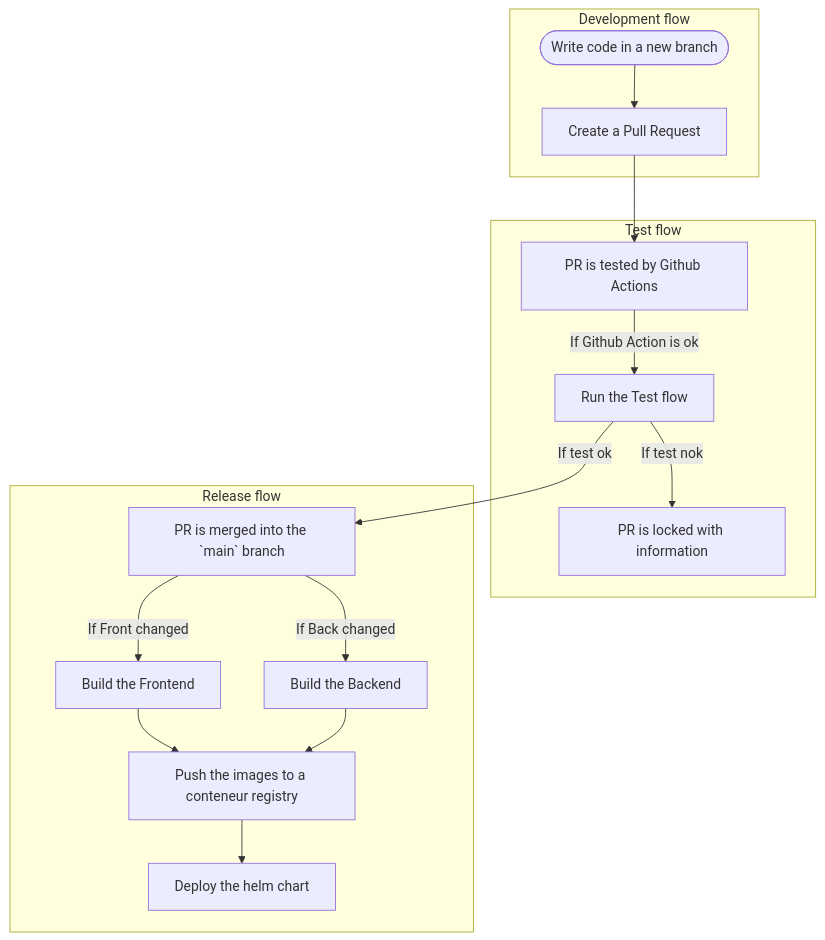
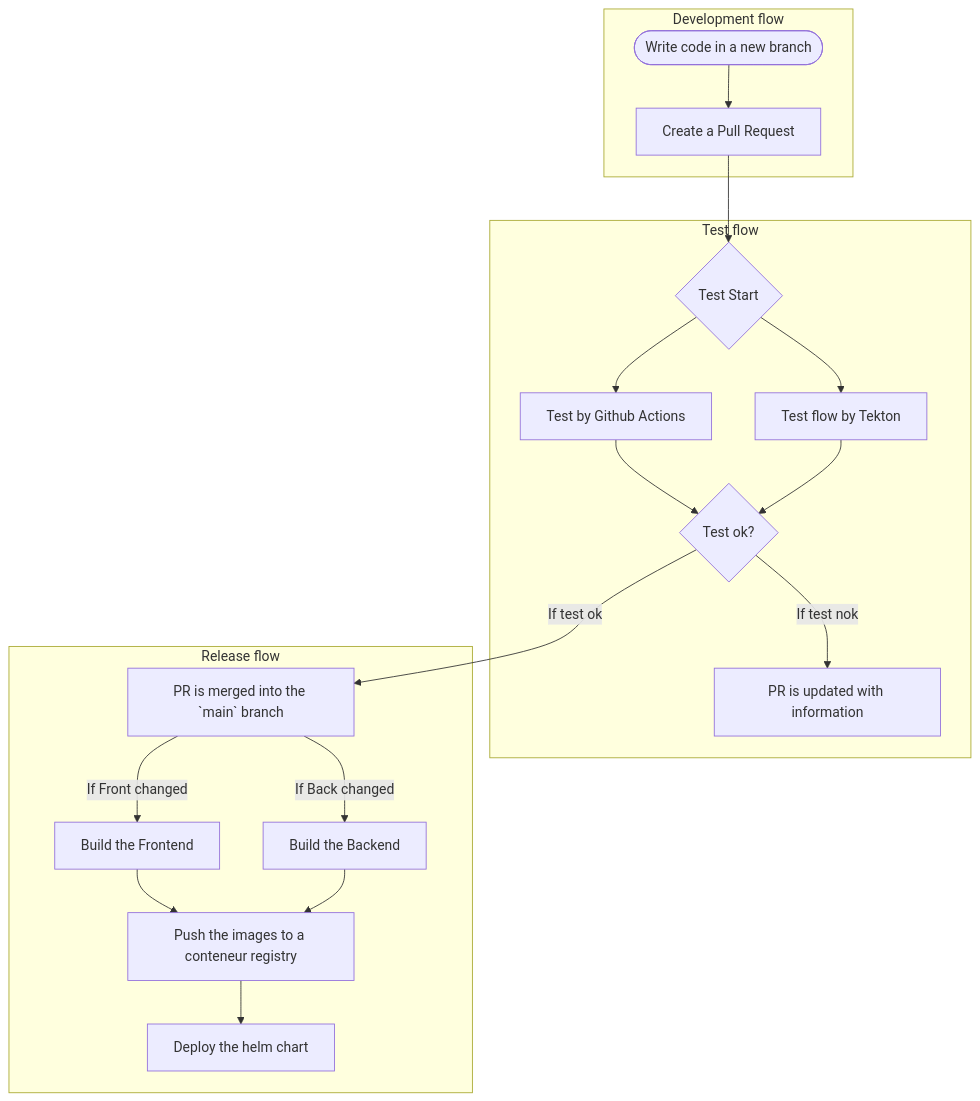
One commit to batleforc/MonoFolio changed the diagram in cicd/Readme.md. Above: the diagram before and after it, drawn with Mermaid. The commit also changed other lines of this file, not shown here.

Commit message:
feat: update cicd readme [HOOK FAIL OK]

````diff
--- a/cicd/Readme.md
+++ b/cicd/Readme.md
@@ -37,20 +37,23 @@
 ```mermaid
 flowchart TD;
     subgraph "Development flow"
       A([Write code in a new branch]) --> B[Create a Pull Request];
     end
     subgraph "Test flow"
-      B --> C[PR is tested by Github Actions];
-      C -- If Github Action is ok --> D[Run the Test flow];
-      D -- If test nok --> E[PR is locked with information];
+      B --> C{Test Start};
+      C --> GA[Test by Github Actions]
+      C --> TKT[Test flow by Tekton];
+      GA --> D{Test ok?};
+      TKT --> D;
+      D -- If test nok --> E[PR is updated with information];
     end
     subgraph "Release flow"
       D -- If test ok --> F[PR is merged into the `main` branch];
       F -- If Front changed --> G[Build the Frontend];
       F -- If Back changed --> H[Build the Backend];
       G --> I[Push the images to a conteneur registry];
       H --> I;
       I --> J[Deploy the helm chart];
     end
 
 ```
````
